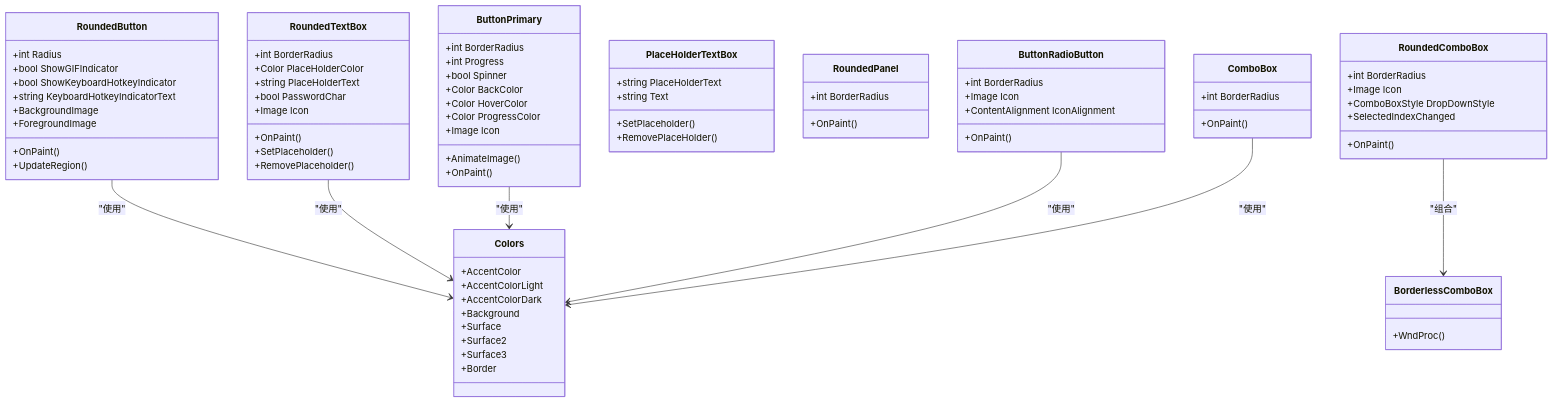
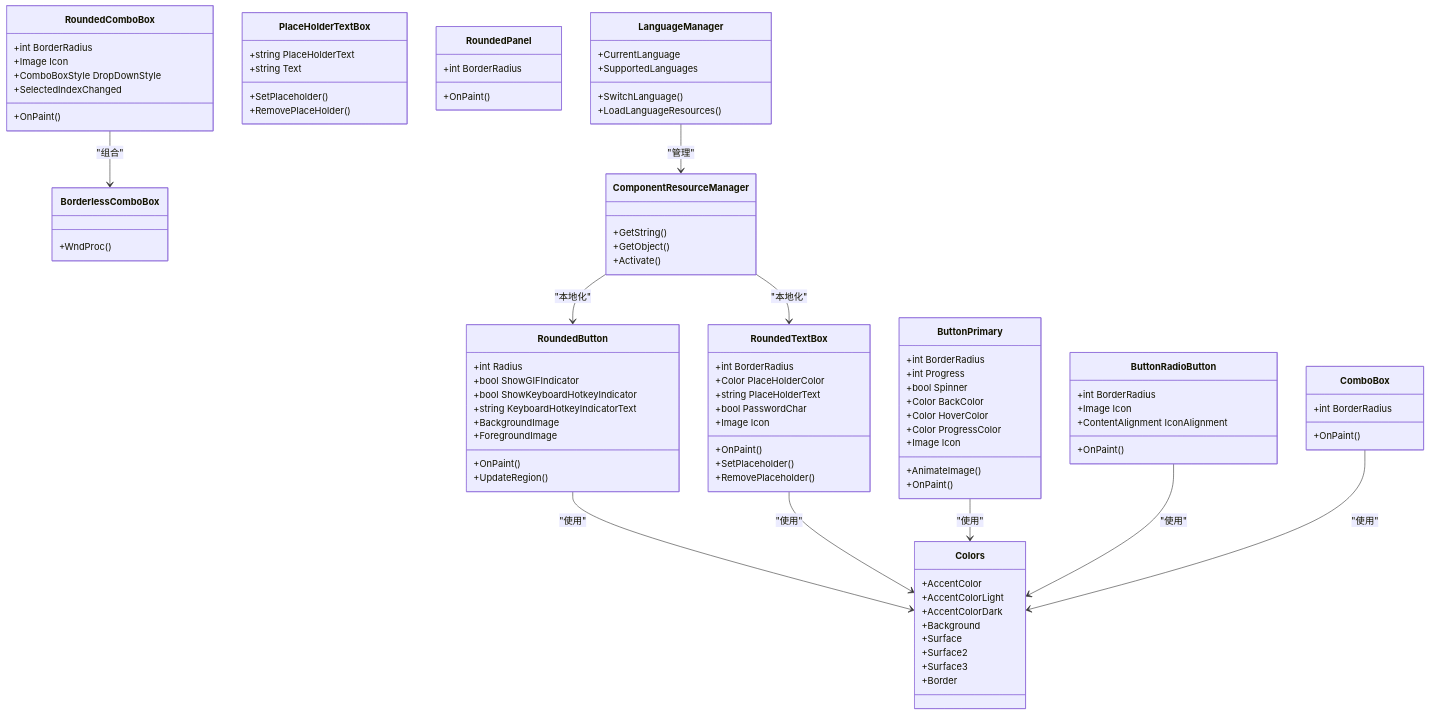
The second of 10 diagrams in .qoder/repowiki/zh/content/图形用户界面/自定义控件/自定义控件.md (tea4go/Macro-Deck), drawn with Mermaid before and after one commit. The commit also changed other lines of this file and 32 other files, not shown here.

````diff
--- a/.qoder/repowiki/zh/content/图形用户界面/自定义控件/自定义控件.md
+++ b/.qoder/repowiki/zh/content/图形用户界面/自定义控件/自定义控件.md
@@ -190,10 +213,24 @@
 +int BorderRadius
 +OnPaint()
 }
+class ComponentResourceManager {
++GetString()
++GetObject()
++Activate()
+}
+class LanguageManager {
++CurrentLanguage
++SupportedLanguages
++SwitchLanguage()
++LoadLanguageResources()
+}
 RoundedComboBox --> BorderlessComboBox : "组合"
 RoundedButton --> Colors : "使用"
 RoundedTextBox --> Colors : "使用"
 ButtonPrimary --> Colors : "使用"
 ButtonRadioButton --> Colors : "使用"
 ComboBox --> Colors : "使用"
+ComponentResourceManager --> RoundedButton : "本地化"
+ComponentResourceManager --> RoundedTextBox : "本地化"
+LanguageManager --> ComponentResourceManager : "管理"
 ```
````
